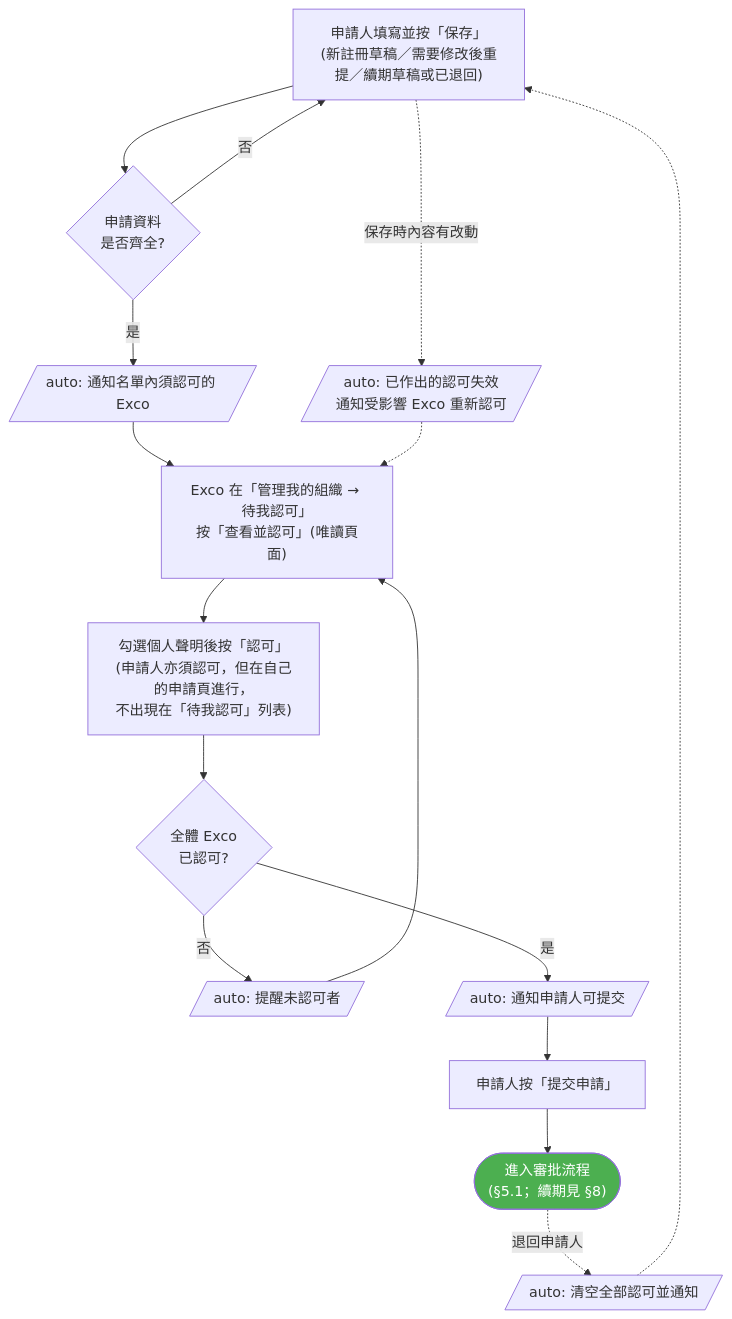
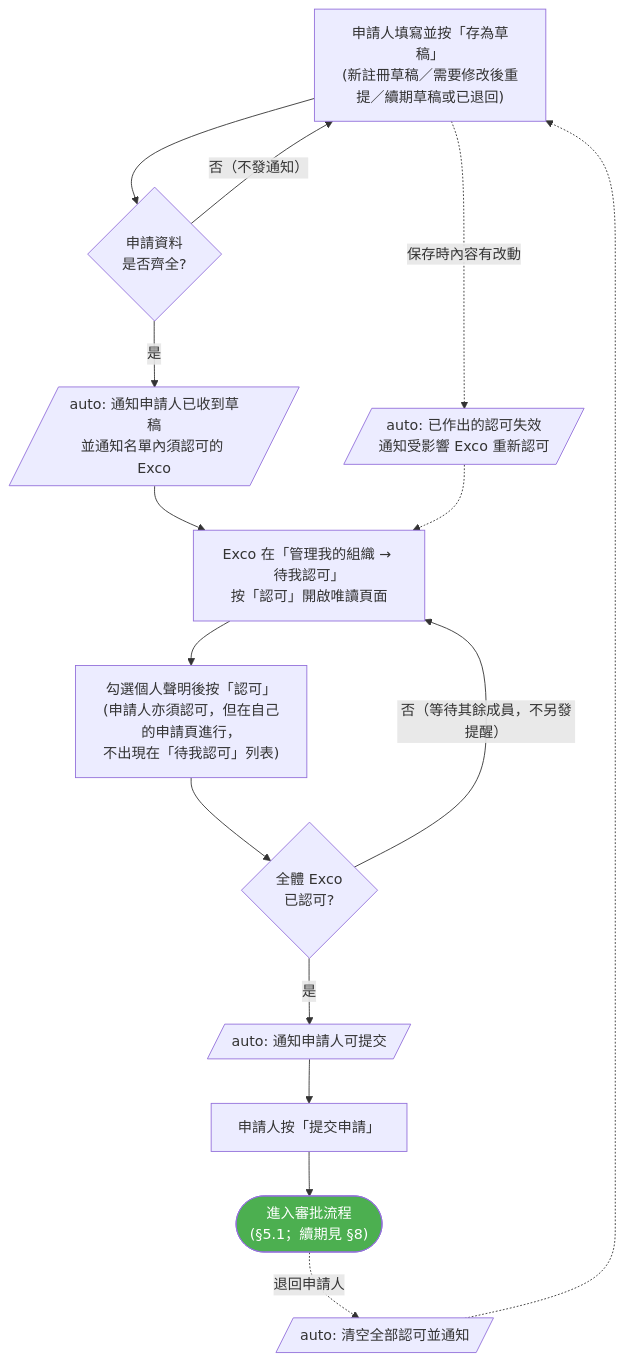
One commit to OneStar-Projects/SLAS-Docs changed the first of 6 diagrams in docs/student-org-workflow-flowcharts.md. Above: the diagram before and after it, drawn with Mermaid. The commit also changed other lines of this file and 4 other files, not shown here.

````diff
--- a/docs/student-org-workflow-flowcharts.md
+++ b/docs/student-org-workflow-flowcharts.md
@@ -195,22 +200,21 @@
 ```mermaid
 flowchart TD
-    Edit["申請人填寫並按「保存」<br/>(新註冊草稿／需要修改後重提／續期草稿或已退回)"]
+    Edit["申請人填寫並按「存為草稿」<br/>(新註冊草稿／需要修改後重提／續期草稿或已退回)"]
     Edit --> Complete{申請資料<br/>是否齊全?}
-    Complete -->|"否"| Edit
-    Complete -->|"是"| Notify[/"auto: 通知名單內須認可的 Exco"/]
-    Notify --> Entry["Exco 在「管理我的組織 → 待我認可」<br/>按「查看並認可」(唯讀頁面)"]
+    Complete -->|"否（不發通知）"| Edit
+    Complete -->|"是"| Notify[/"auto: 通知申請人已收到草稿<br/>並通知名單內須認可的 Exco"/]
+    Notify --> Entry["Exco 在「管理我的組織 → 待我認可」<br/>按「認可」開啟唯讀頁面"]
     Entry --> Endorse["勾選個人聲明後按「認可」<br/>(申請人亦須認可，但在自己的申請頁進行，<br/>不出現在「待我認可」列表)"]
     Endorse --> AllGate{全體 Exco<br/>已認可?}
-    AllGate -->|"否"| Remind[/"auto: 提醒未認可者"/]
-    Remind --> Entry
+    AllGate -->|"否（等待其餘成員，不另發提醒）"| Entry
     AllGate -->|"是"| NotifyApplicant[/"auto: 通知申請人可提交"/]
     NotifyApplicant --> Submit["申請人按「提交申請」"]
     Submit --> Review(["進入審批流程<br/>(§5.1；續期見 §8)"])
 
     Edit -.->|"保存時內容有改動"| Invalidate[/"auto: 已作出的認可失效<br/>通知受影響 Exco 重新認可"/]
     Invalidate -.-> Entry
     Review -.->|"退回申請人"| Reset[/"auto: 清空全部認可並通知"/]
     Reset -.-> Edit
 
     style Review fill:#4CAF50,color:#fff
 ```
````
